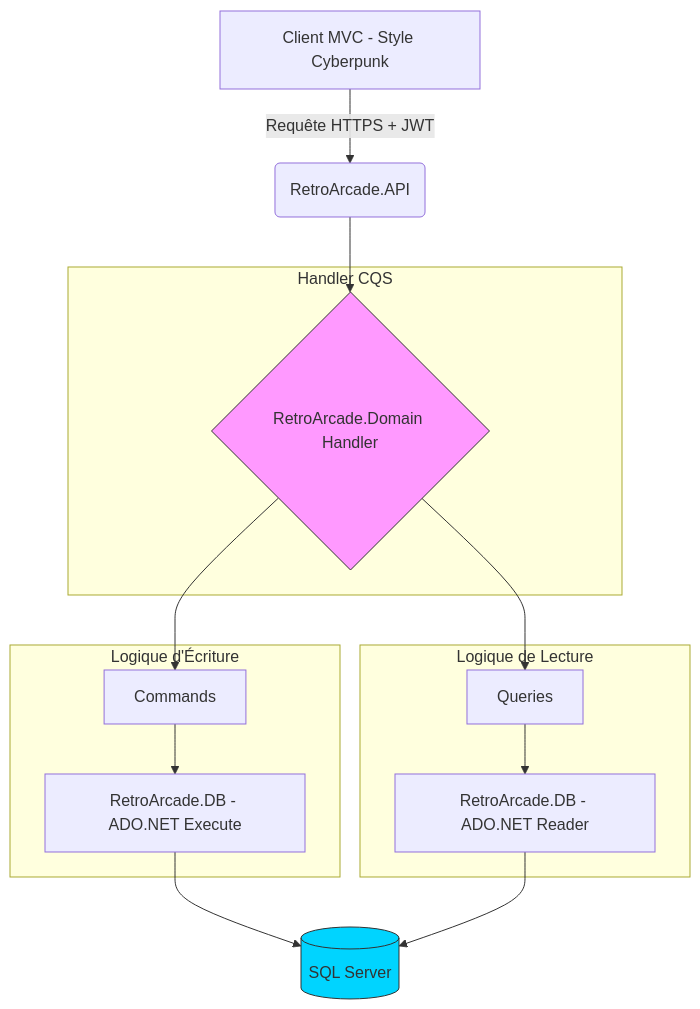
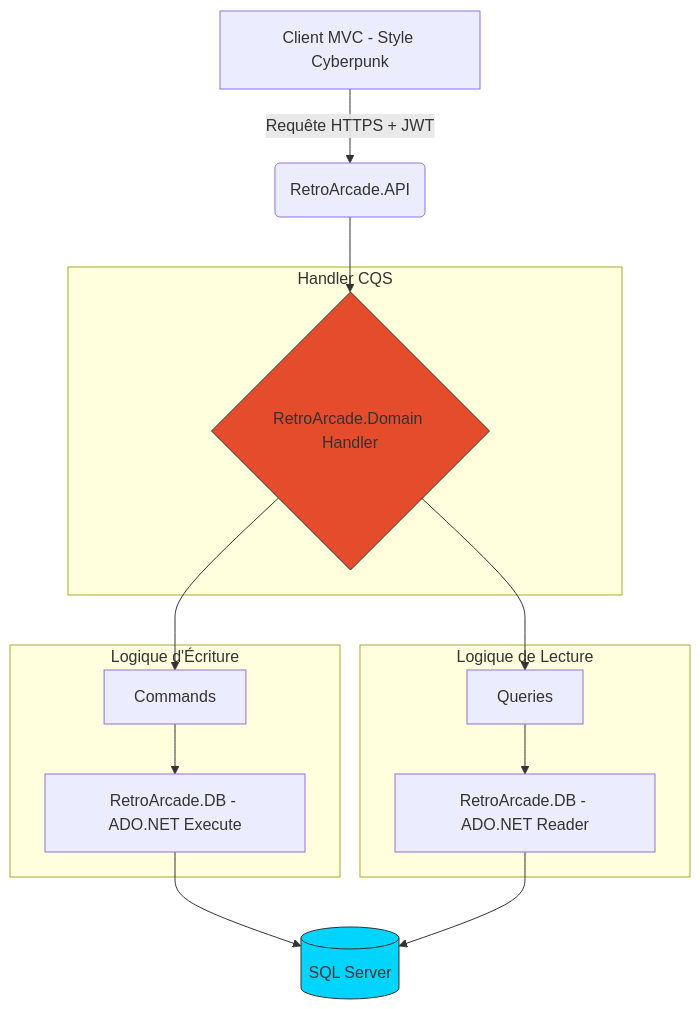
One commit to Guilian2002/RetroArcade changed the first of 2 diagrams in README.md. Above: the diagram before and after it, drawn with Mermaid.

````diff
--- a/README.md
+++ b/README.md
@@ -18,43 +18,43 @@
 ```mermaid
 graph TD
     %% 1. Déclaration des nœuds de la couche utilisateur
     A[Client MVC - Style Cyberpunk]
     B(RetroArcade.API)
 
     %% 2. Définition des subgraphs (Contenu uniquement)
     subgraph S1 [Handler CQS]
         D{RetroArcade.Domain Handler}
     end
     
     subgraph S2 [Logique d'Écriture]
         E[Commands]
         F[RetroArcade.DB - ADO.NET Execute]
     end
 
     subgraph S3 [Logique de Lecture]
         G[Queries]
         H[RetroArcade.DB - ADO.NET Reader]
     end
 
     I[(SQL Server)]
 
     %% 3. Déclaration des flux (Connexions)
     %% C'est ici que l'on définit l'ordre sans casser les boîtes
     A -- "Requête HTTPS + JWT" --> B
     B --> D
     
     %% Flux Commandes
     D --> E
     E --> F
     F --> I
 
     %% Flux Requêtes
     D --> G
     G --> H
     H --> I
 
     %% Style optionnel pour la clarté
-    style D fill:#f9f,stroke:#333
+    style D fill:#de2000cc,stroke:#333
     style I fill:#00d4ff,stroke:#333
 
 ```
````
